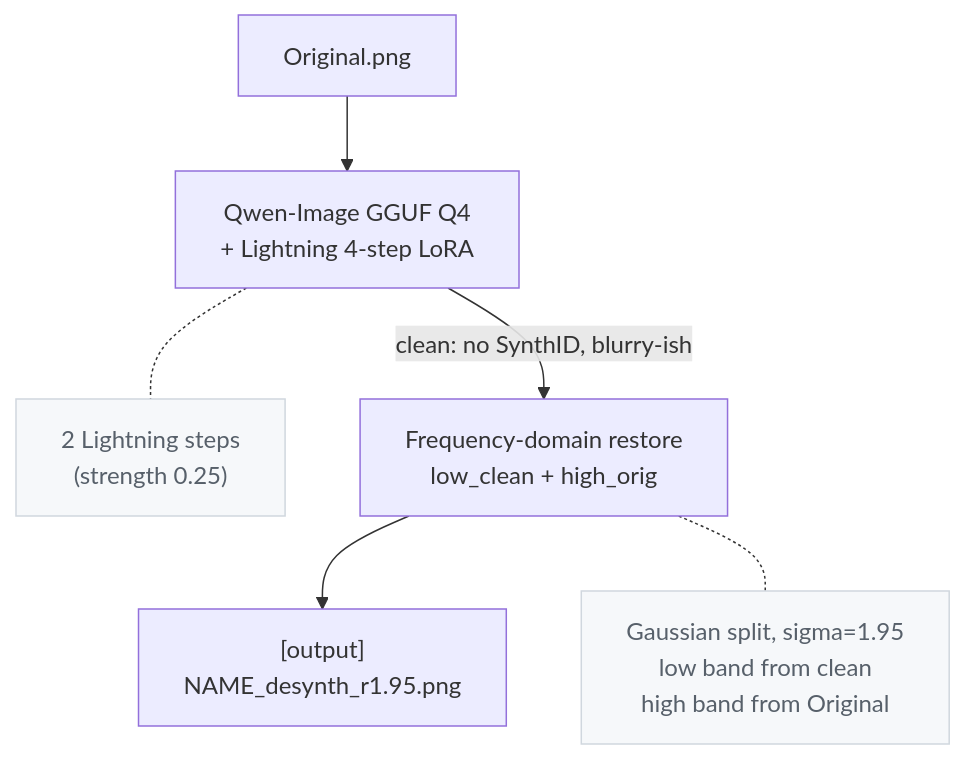
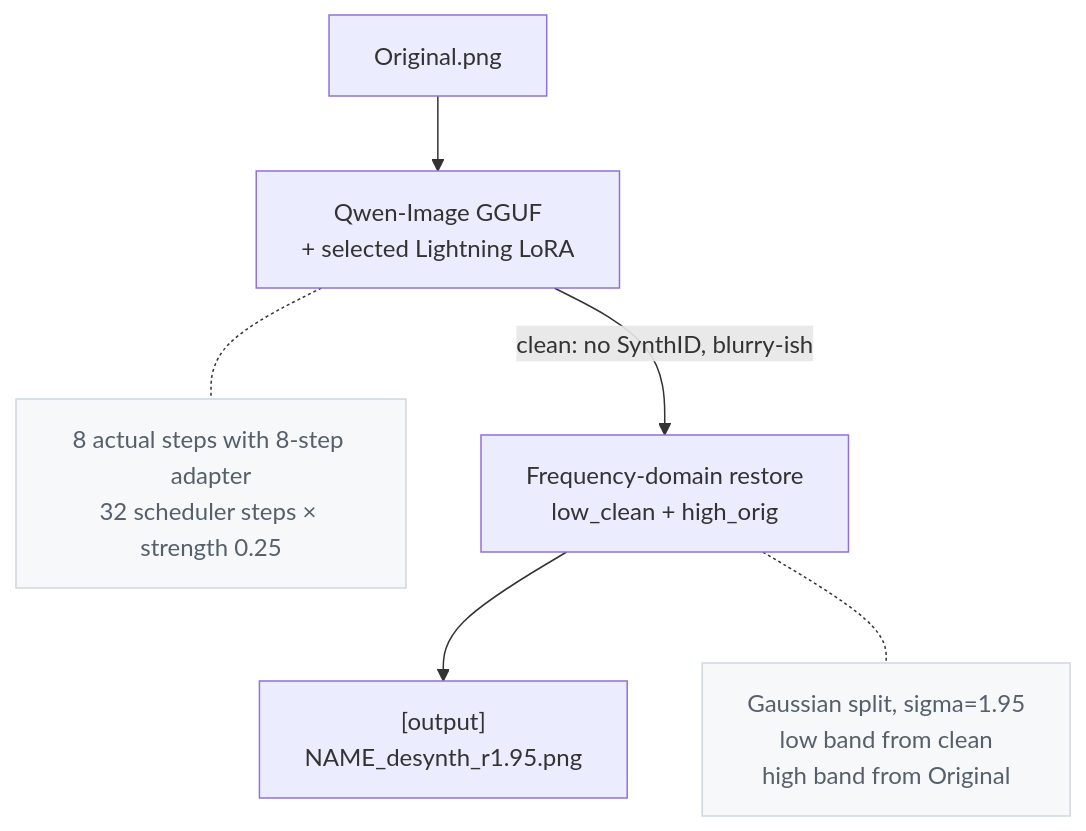
One commit to Keireira/DeSynth changed the diagram in README.md. Above: the diagram before and after it, drawn with Mermaid. The commit also changed other lines of this file and 1 other file, not shown here.

Commit message:
Update documentation for 8-step Lightning adapter

````diff
--- a/README.md
+++ b/README.md
@@ -45,18 +45,18 @@
 ```mermaid
 flowchart TD
     A["Original.png"]
-    B["Qwen-Image GGUF Q4<br>+ Lightning 4-step LoRA"]
-    B_note["2 Lightning steps\n(strength 0.25)"]
+    B["Qwen-Image GGUF<br>+ selected Lightning LoRA"]
+    B_note["8 actual steps with 8-step adapter\n32 scheduler steps × strength 0.25"]
     C["Frequency-domain restore<br>low_clean + high_orig"]
     C_note["Gaussian split, sigma=1.95<br>low band from clean<br>high band from Original"]
     D["[output]\nNAME_desynth_r1.95.png"]
 
     A --> B
     B -- "clean: no SynthID, blurry-ish" --> C
     C --> D
     B -.- B_note
     C -.- C_note
 
     classDef note fill:#f6f8fa,stroke:#d0d7de,color:#57606a;
     class B_note,C_note note;
 ```
````
